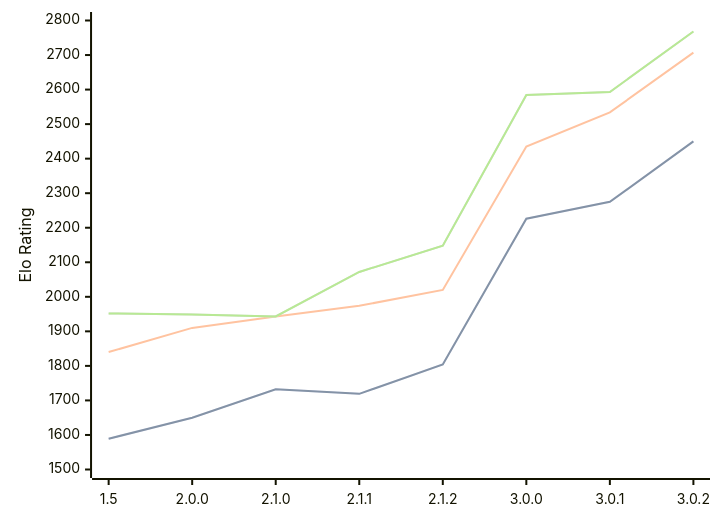
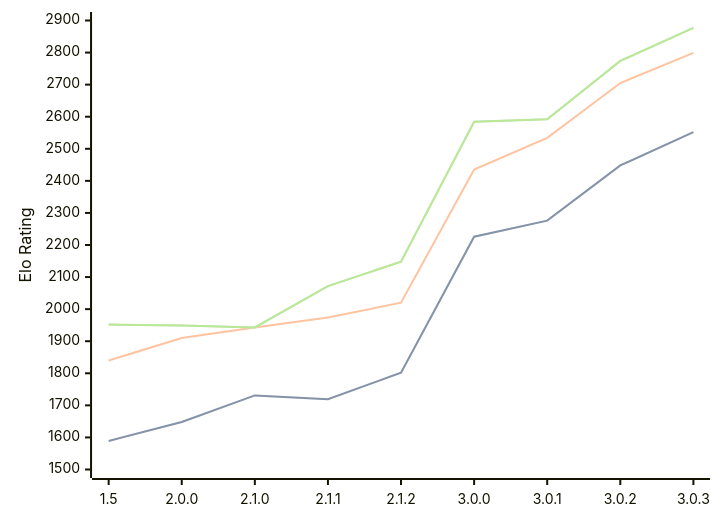
The first of 3 diagrams in engines/Rudim.md (computer-chess-index/cci), drawn with Mermaid before and after one commit. The commit also changed other lines of this file, not shown here.

Commit message:
Update CCI Ratings (ELO VLTC) - 2026-06-20

````diff
--- a/engines/Rudim.md
+++ b/engines/Rudim.md
@@ -49,11 +48,11 @@
 ```mermaid
 %%{init: {"theme":"base","themeVariables":{"seriesColors:['#a3a3a3','#222221','#faa371']}}}%%
 xychart-beta
-  x-axis ["1.5", "2.0.0", "2.1.0", "2.1.1", "2.1.2", "3.0.0", "3.0.1", "3.0.2"]
-  y-axis "Elo Rating" 1500 --> 2800
-  line "STC (8.0+0.08s)" [1589, 1650, 1732, 1719, 1804, 2226, 2275, 2450]
-  line "STC (8.0+0.08s)" [1589, 1650, 1732, 1719, 1804, 2226, 2275, 2450]
-  line "LTC (60.0+0.60s)" [1840, 1910, 1943, 1974, 2020, 2435, 2534, 2707]
-  line "VLTC (2m24s+1.12s)" [1952, 1949, 1943, 2072, 2148, 2584, 2593, 2768]
-  line "VLTC (2m24s+1.12s)" [1952, 1949, 1943, 2072, 2148, 2584, 2593, 2768]
+  x-axis ["1.5", "2.0.0", "2.1.0", "2.1.1", "2.1.2", "3.0.0", "3.0.1", "3.0.2", "3.0.3"]
+  y-axis "Elo Rating" 1500 --> 2900
+  line "STC (8.0+0.08s)" [1589, 1648, 1731, 1719, 1802, 2226, 2276, 2448, 2552]
+  line "STC (8.0+0.08s)" [1589, 1648, 1731, 1719, 1802, 2226, 2276, 2448, 2552]
+  line "LTC (60.0+0.60s)" [1840, 1910, 1943, 1974, 2020, 2435, 2534, 2705, 2799]
+  line "VLTC (2m24s+1.12s)" [1952, 1949, 1943, 2072, 2148, 2584, 2592, 2774, 2877]
+  line "VLTC (2m24s+1.12s)" [1952, 1949, 1943, 2072, 2148, 2584, 2592, 2774, 2877]
 ```
````
